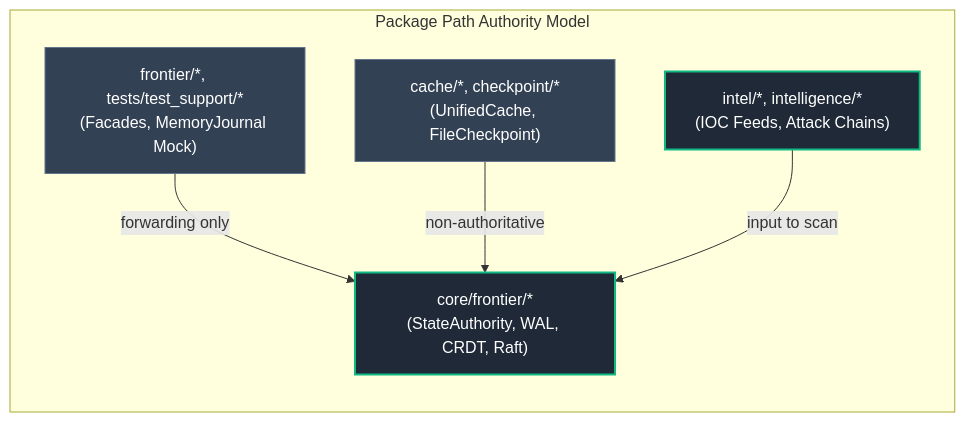
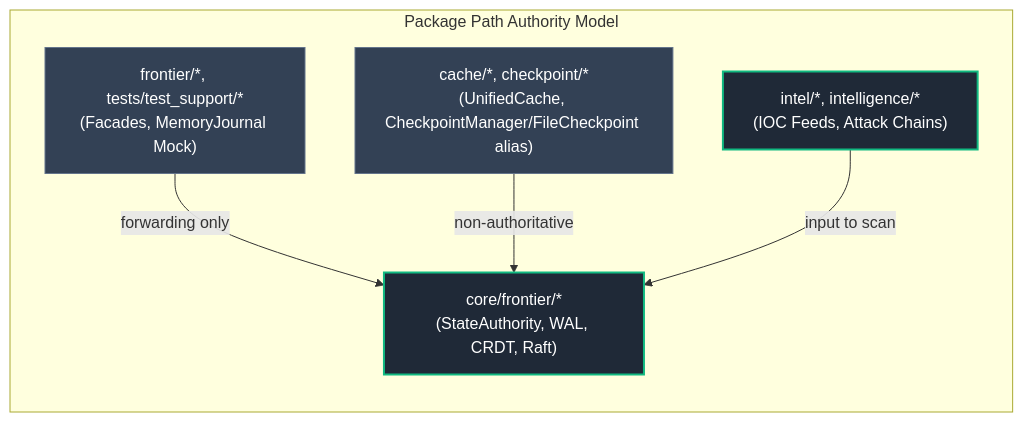
Before and after one commit to AviralGup7/Singularity-Zero: the sixth of 16 diagrams in docs/flowchart.md, drawn with Mermaid. The commit also changed other lines of this file and 12 other files, not shown here.

First line of the commit message:
fix(atlas-sync): close flowchart↔code gaps (prefer code, honest docs)

````diff
--- a/docs/flowchart.md
+++ b/docs/flowchart.md
@@ -803,20 +803,20 @@
 ```mermaid
 flowchart LR
     classDef impl fill:#1f2937,stroke:#10b981,stroke-width:2px,color:#fff;
     classDef singleNode fill:#1e293b,stroke:#0ea5e9,stroke-width:1px,stroke-dasharray:3 3,color:#fff;
     classDef library fill:#334155,stroke:#64748b,stroke-width:1px,color:#fff;
     classDef specOnly fill:#1e1b4b,stroke:#818cf8,stroke-width:1px,stroke-dasharray:4 4,color:#fff;
     classDef vacuous fill:#27272a,stroke:#71717a,stroke-width:1px,color:#a1a1aa;
     classDef forbidden fill:#450a0a,stroke:#ef4444,stroke-width:2px,color:#fca5a5;
 
     subgraph PackageAuthority["Package Path Authority Model"]
         Core["core/frontier/*<br/>(StateAuthority, WAL, CRDT, Raft)"]:::impl
         Facade["frontier/*, tests/test_support/*<br/>(Facades, MemoryJournal Mock)"]:::library
-        Cache["cache/*, checkpoint/*<br/>(UnifiedCache, FileCheckpoint)"]:::library
+        Cache["cache/*, checkpoint/*<br/>(UnifiedCache, CheckpointManager/FileCheckpoint alias)"]:::library
         Domain["intel/*, intelligence/*<br/>(IOC Feeds, Attack Chains)"]:::impl
         
         Facade -->|"forwarding only"| Core
         Cache -->|"non-authoritative"| Core
         Domain -->|"input to scan"| Core
     end
 ```
````
